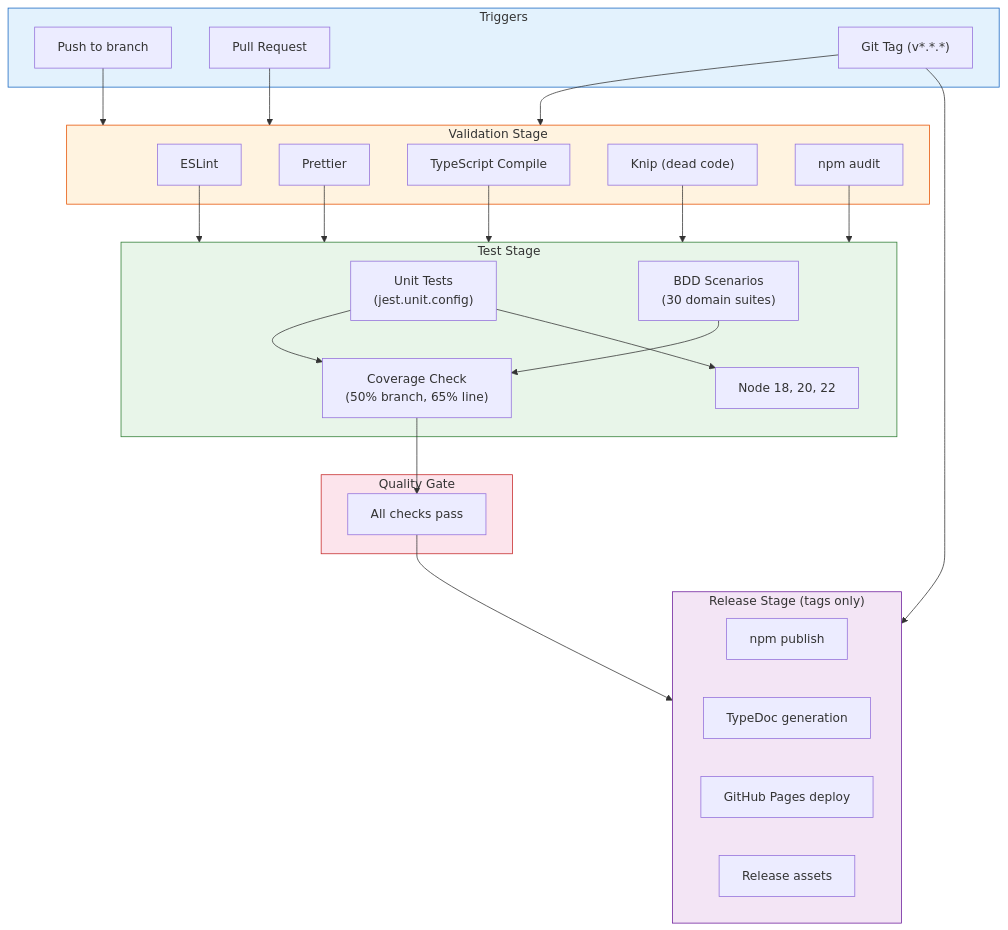
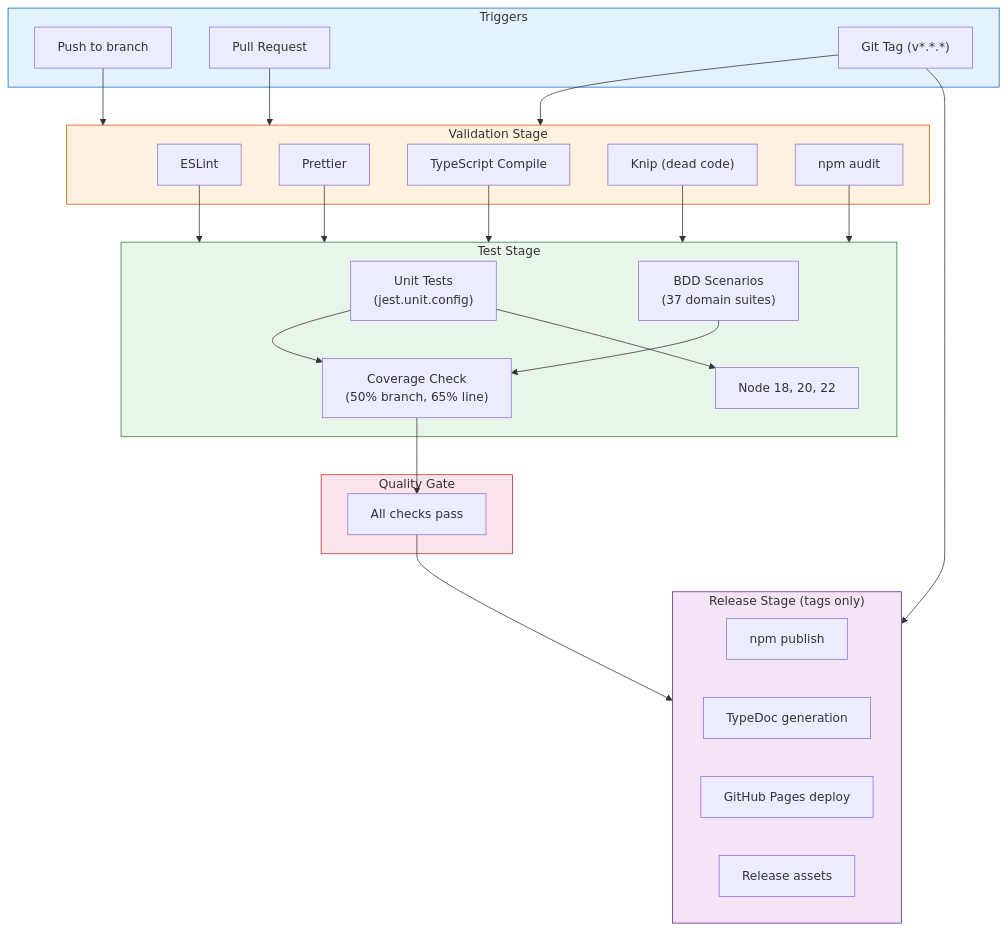
Before and after one commit to lgriffin/ESI.ts: the fifth of 9 diagrams in guides/ARCHITECTURE.md, drawn with Mermaid. The commit also changed other lines of this file and 13 other files, not shown here.

````diff
--- a/guides/ARCHITECTURE.md
+++ b/guides/ARCHITECTURE.md
@@ -281,59 +281,59 @@
 ```mermaid
 graph TB
     subgraph Trigger["Triggers"]
         Push["Push to branch"]
         PR["Pull Request"]
         Tag["Git Tag (v*.*.*)"]
     end
 
     subgraph Validation["Validation Stage"]
         Lint["ESLint"]
         Format["Prettier"]
         Build["TypeScript Compile"]
         Knip["Knip (dead code)"]
         Audit["npm audit"]
     end
 
     subgraph Testing["Test Stage"]
         Unit["Unit Tests<br/>(jest.unit.config)"]
-        BDD["BDD Scenarios<br/>(30 domain suites)"]
+        BDD["BDD Scenarios<br/>(37 domain suites)"]
         Coverage["Coverage Check<br/>(50% branch, 65% line)"]
         Matrix["Node 18, 20, 22"]
     end
 
     subgraph Quality["Quality Gate"]
         Gate["All checks pass"]
     end
 
     subgraph Release["Release Stage (tags only)"]
         NPM["npm publish"]
         Docs["TypeDoc generation"]
         Pages["GitHub Pages deploy"]
         Assets["Release assets"]
     end
 
     Push --> Validation
     PR --> Validation
     Tag --> Validation
 
     Lint --> Testing
     Format --> Testing
     Build --> Testing
     Knip --> Testing
     Audit --> Testing
 
     Unit --> Coverage
     BDD --> Coverage
     Unit --> Matrix
 
     Coverage --> Gate
 
     Tag --> Release
     Gate --> Release
 
     style Trigger fill:#e3f2fd,stroke:#1565c0
     style Validation fill:#fff3e0,stroke:#e65100
     style Testing fill:#e8f5e9,stroke:#2e7d32
     style Quality fill:#fce4ec,stroke:#c62828
     style Release fill:#f3e5f5,stroke:#6a1b9a
 ```
````
